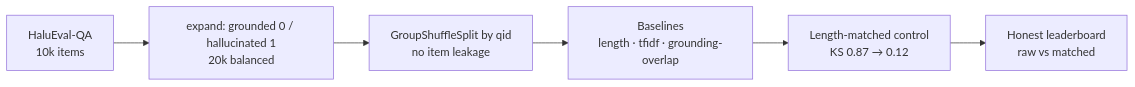
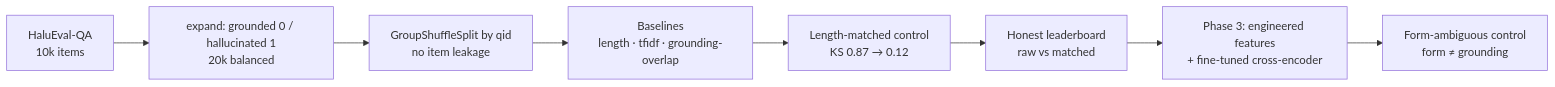
Before and after one commit to anthonyrodrigues443/AI-Agent-Conversation-Quality-Scorer: the diagram in README.md, drawn with Mermaid. The commit also changed other lines of this file and 12 other files, not shown here.

First line of the commit message:
experiment: engineered claim features + fine-tuned cross-encoder beat the lexical bar — and a form control shows overlap was a form detector (Phase 3) (#5)

````diff
--- a/README.md
+++ b/README.md
@@ -105,8 +147,10 @@
 ```mermaid
 flowchart LR
     A[HaluEval-QA<br/>10k items] --> B[expand: grounded 0 / hallucinated 1<br/>20k balanced]
     B --> C[GroupShuffleSplit by qid<br/>no item leakage]
     C --> D[Baselines<br/>length · tfidf · grounding-overlap]
     D --> E[Length-matched control<br/>KS 0.87 → 0.12]
     E --> F[Honest leaderboard<br/>raw vs matched]
+    F --> G[Phase 3: engineered features<br/>+ fine-tuned cross-encoder]
+    G --> H[Form-ambiguous control<br/>form ≠ grounding]
 ```
````
